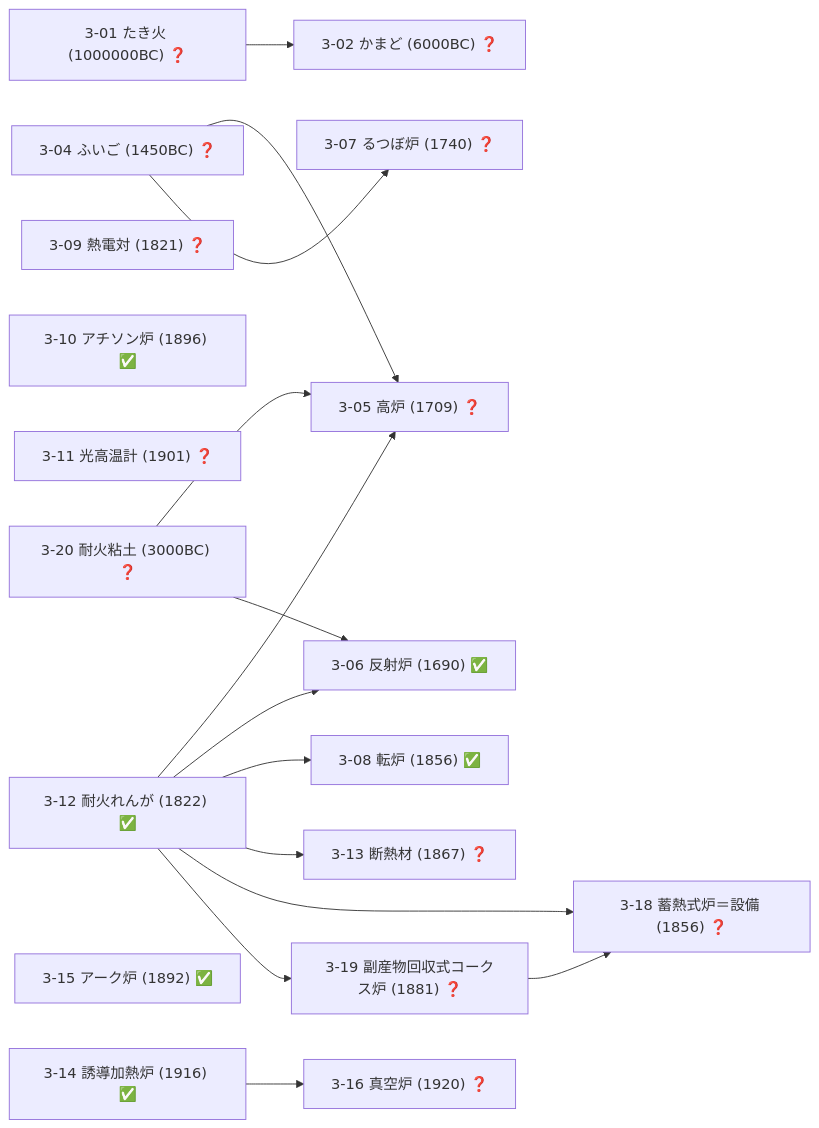
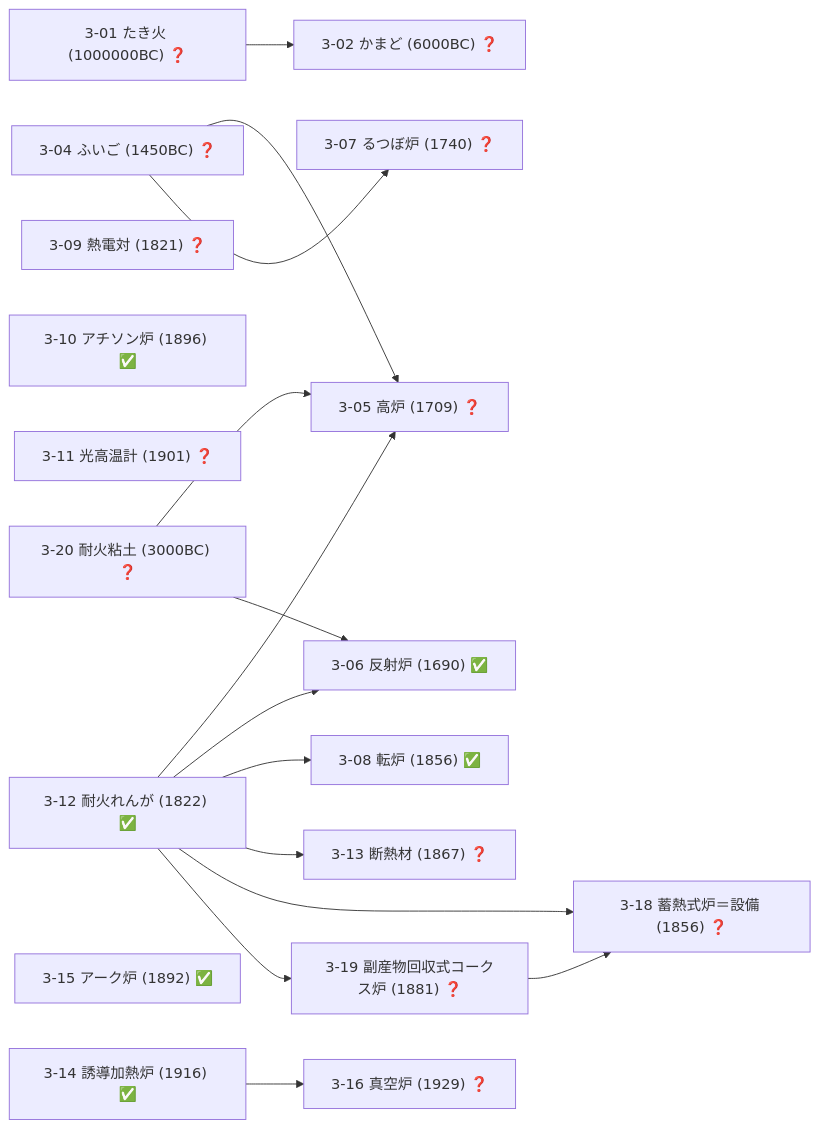
Before and after one commit to taku3i0317-collab/semiconductor-lab: the sixth of 19 diagrams in docs/TECH_TREE_VIEW.md, drawn with Mermaid. The commit also changed other lines of this file and 32 other files, not shown here.

````diff
--- a/docs/TECH_TREE_VIEW.md
+++ b/docs/TECH_TREE_VIEW.md
@@ -321,34 +321,34 @@
 ```mermaid
 graph LR
   n3_01["3-01 たき火 (1000000BC) ❓"]
   n3_02["3-02 かまど (6000BC) ❓"]
   n3_04["3-04 ふいご (1450BC) ❓"]
   n3_05["3-05 高炉 (1709) ❓"]
   n3_06["3-06 反射炉 (1690) ✅"]
   n3_07["3-07 るつぼ炉 (1740) ❓"]
   n3_08["3-08 転炉 (1856) ✅"]
   n3_09["3-09 熱電対 (1821) ❓"]
   n3_10["3-10 アチソン炉 (1896) ✅"]
   n3_11["3-11 光高温計 (1901) ❓"]
   n3_12["3-12 耐火れんが (1822) ✅"]
   n3_13["3-13 断熱材 (1867) ❓"]
   n3_14["3-14 誘導加熱炉 (1916) ✅"]
   n3_15["3-15 アーク炉 (1892) ✅"]
-  n3_16["3-16 真空炉 (1920) ❓"]
+  n3_16["3-16 真空炉 (1929) ❓"]
   n3_18["3-18 蓄熱式炉＝設備 (1856) ❓"]
   n3_19["3-19 副産物回収式コークス炉 (1881) ❓"]
   n3_20["3-20 耐火粘土 (3000BC) ❓"]
   n3_01-->n3_02
   n3_04-->n3_05
   n3_12-->n3_05
   n3_20-->n3_05
   n3_12-->n3_06
   n3_20-->n3_06
   n3_04-->n3_07
   n3_12-->n3_08
   n3_12-->n3_13
   n3_14-->n3_16
   n3_12-->n3_18
   n3_19-->n3_18
   n3_12-->n3_19
 ```
````
